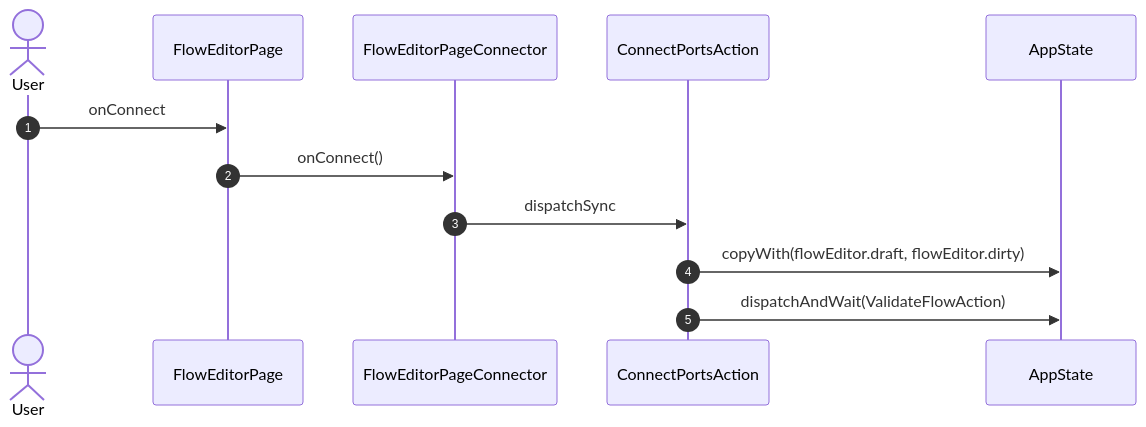
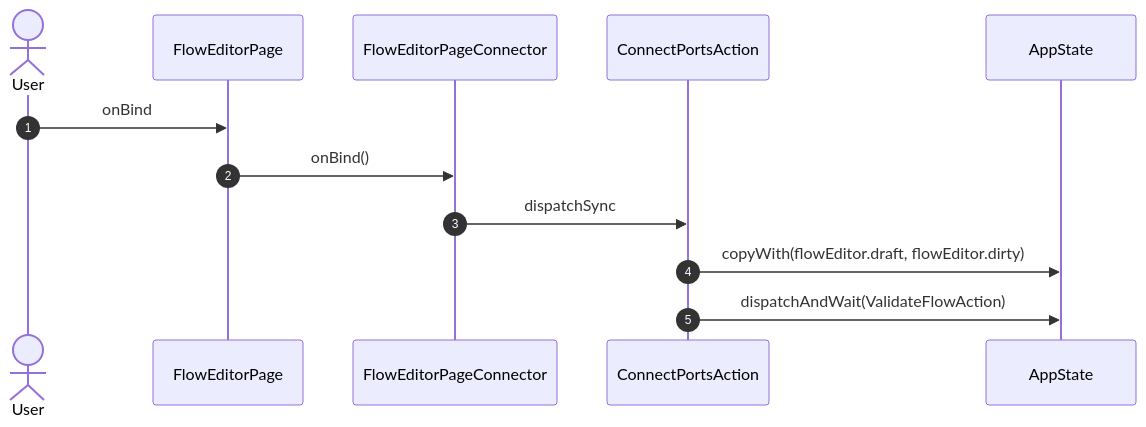
Diagram 11 of 20 in studio/docs/flows/flowEditor.md (gencto/wyrm), drawn with Mermaid before and after one commit. The commit also changed other lines of this file and 48 other files, not shown here.

````diff
--- a/studio/docs/flows/flowEditor.md
+++ b/studio/docs/flows/flowEditor.md
@@ -200,15 +211,15 @@
 ```mermaid
 sequenceDiagram
     autonumber
     actor User
     participant UI as FlowEditorPage
     participant VM as FlowEditorPageConnector
     participant A1 as ConnectPortsAction
     participant ST as AppState
 
-    User->>UI: onConnect
-    UI->>VM: onConnect()
+    User->>UI: onBind
+    UI->>VM: onBind()
     VM->>A1: dispatchSync
     A1->>ST: copyWith(flowEditor.draft, flowEditor.dirty)
     A1->>ST: dispatchAndWait(ValidateFlowAction)
 ```
````
